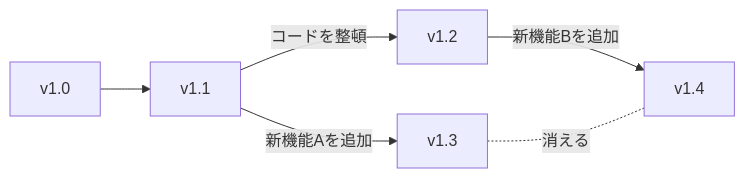
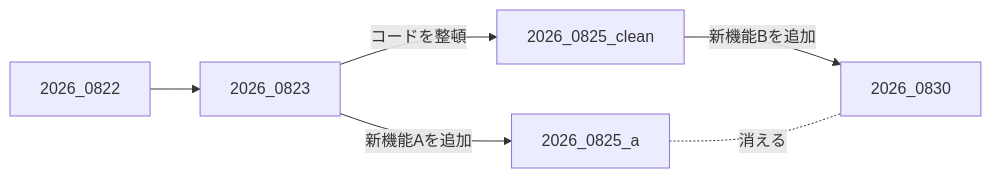
Before and after one commit to niigata-onkyo/git-tutorial: the second of 2 diagrams in content/docs/git/01-vcs/index.md, drawn with Mermaid. The commit also changed other lines of this file and 3 other files, not shown here.

````diff
--- a/content/docs/git/01-vcs/index.md
+++ b/content/docs/git/01-vcs/index.md
@@ -36,9 +36,9 @@
 ```mermaid
 graph LR;
 
-10[v1.0] --> 11[v1.1];
-11 -- コードを整頓 --> 12[v1.2];
-11 -- 新機能Aを追加 --> 13[v1.3];
-12 -- 新機能Bを追加 --> 14[v1.4];
+10[2026_0822] --> 11[2026_0823];
+11 -- コードを整頓 --> 12[2026_0825_clean];
+11 -- 新機能Aを追加 --> 13[2026_0825_a];
+12 -- 新機能Bを追加 --> 14[2026_0830];
 13 -. 消える -.- 14;
 ```
````
